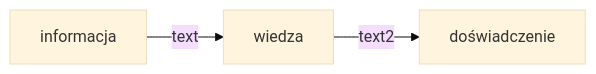
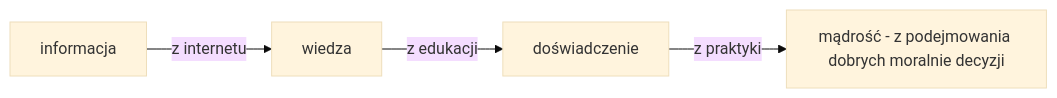
The diagram in README.md (hipermodularyzacja/www), drawn with Mermaid (base theme) before and after one commit.

````diff
--- a/README.md
+++ b/README.md
@@ -83,4 +83,4 @@
 ```mermaid
-flowchart LR
-   informacja -- text --> wiedza -- text2 --> doświadczenie
+flowchart LR  
+  informacja -- z internetu --> wiedza -- z edukacji --> doświadczenie -- z praktyki --> E[mądrość - z podejmowania dobrych moralnie decyzji]
 ```
````
